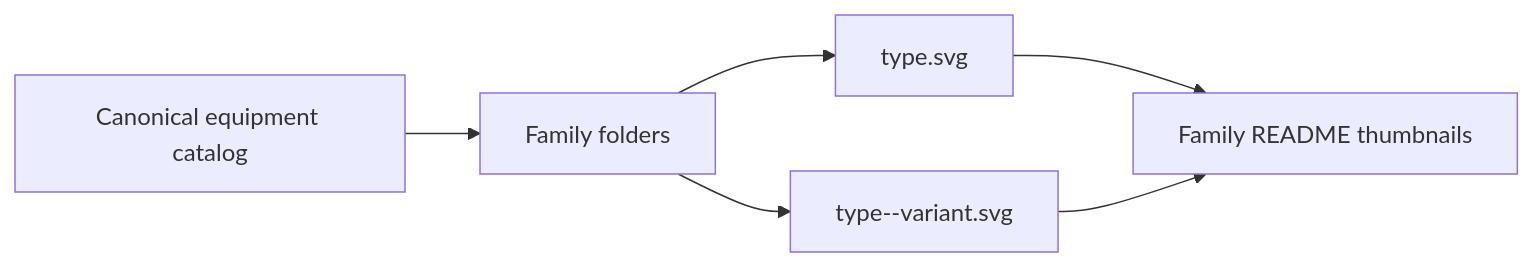
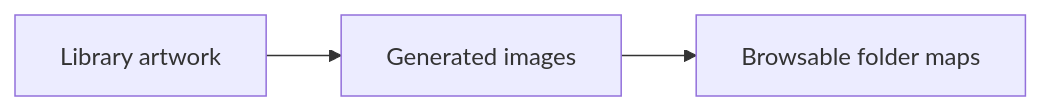
The diagram in software/cadagent/webkit/scada/ui/img/symbols/README.md (Valpatel/cad-agent), drawn with Mermaid before and after one commit. The commit also changed other lines of this file and 1191 other files, not shown here.

````diff
--- a/software/cadagent/webkit/scada/ui/img/symbols/README.md
+++ b/software/cadagent/webkit/scada/ui/img/symbols/README.md
@@ -7,8 +7,5 @@
 ```mermaid
 flowchart LR
-  Catalog["Canonical equipment catalog"] --> Families["Family folders"]
-  Families --> Default["type.svg"]
-  Families --> Variant["type--variant.svg"]
-  Default --> Index["Family README thumbnails"]
-  Variant --> Index
+  Source["Library artwork"] --> Preview["Generated images"]
+  Preview --> Browse["Browsable folder maps"]
 ```
````
